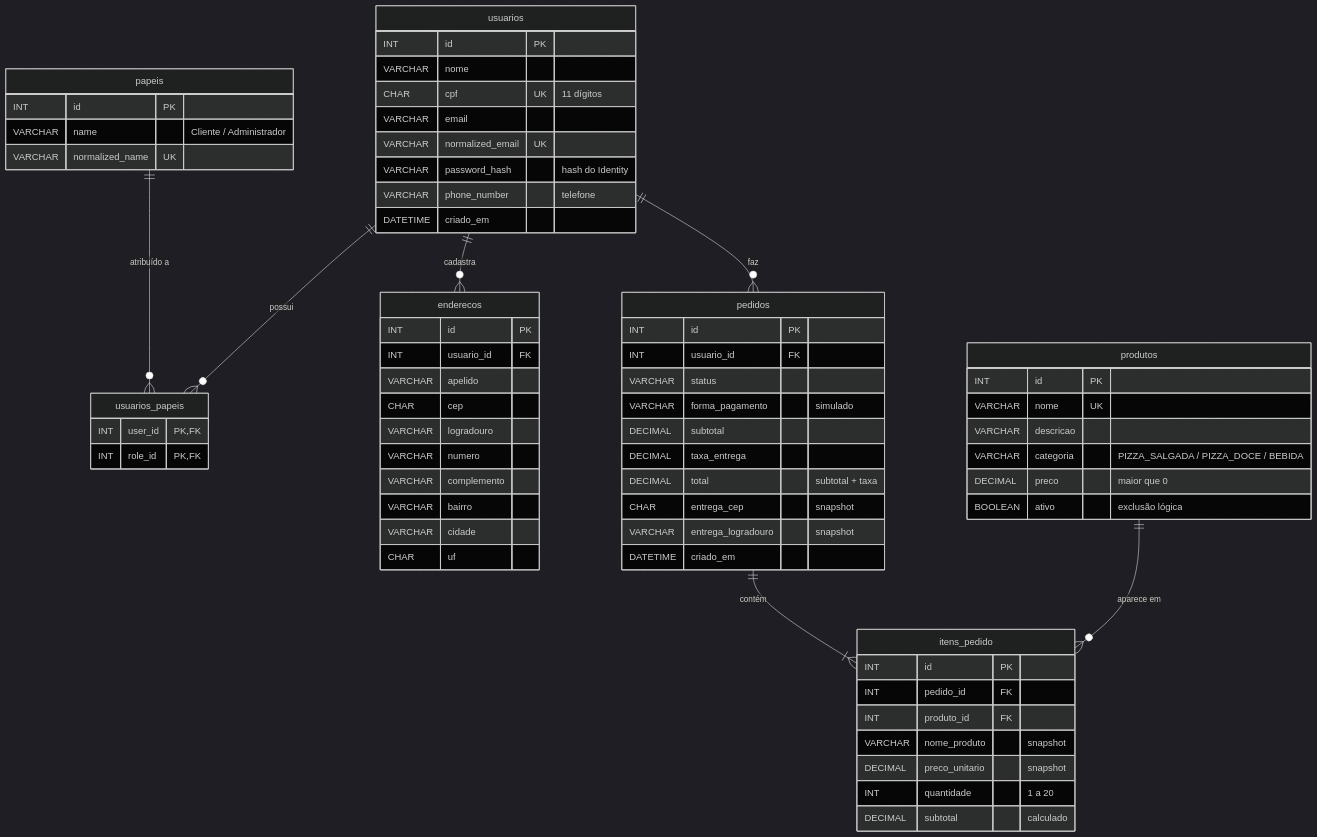
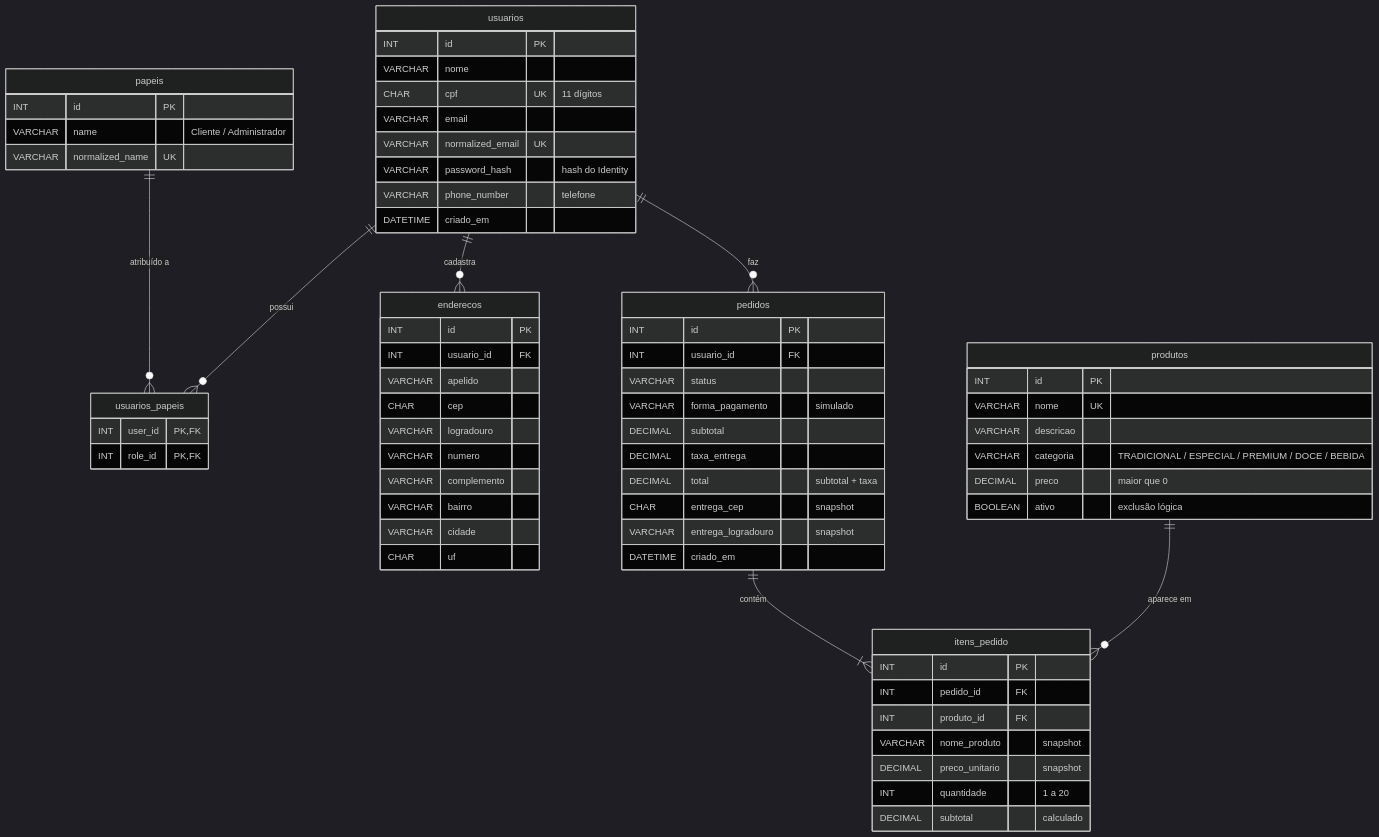
The diagram in database/der.md (thalescaldas/pizzet-delivery), drawn with Mermaid (dark theme) before and after one commit. The commit also changed 39 other files, not shown here.

````diff
--- a/database/der.md
+++ b/database/der.md
@@ -7,70 +7,70 @@
 ```mermaid
 erDiagram
     usuarios ||--o{ usuarios_papeis : "possui"
     papeis   ||--o{ usuarios_papeis : "atribuído a"
     usuarios ||--o{ enderecos       : "cadastra"
     usuarios ||--o{ pedidos         : "faz"
     pedidos  ||--|{ itens_pedido    : "contém"
     produtos ||--o{ itens_pedido    : "aparece em"
 
     usuarios {
         INT id PK
         VARCHAR nome
         CHAR cpf UK "11 dígitos"
         VARCHAR email
         VARCHAR normalized_email UK
         VARCHAR password_hash "hash do Identity"
         VARCHAR phone_number "telefone"
         DATETIME criado_em
     }
     papeis {
         INT id PK
         VARCHAR name "Cliente / Administrador"
         VARCHAR normalized_name UK
     }
     usuarios_papeis {
         INT user_id PK, FK
         INT role_id PK, FK
     }
     enderecos {
         INT id PK
         INT usuario_id FK
         VARCHAR apelido
         CHAR cep
         VARCHAR logradouro
         VARCHAR numero
         VARCHAR complemento
         VARCHAR bairro
         VARCHAR cidade
         CHAR uf
     }
     produtos {
         INT id PK
         VARCHAR nome UK
         VARCHAR descricao
-        VARCHAR categoria "PIZZA_SALGADA / PIZZA_DOCE / BEBIDA"
+        VARCHAR categoria "TRADICIONAL / ESPECIAL / PREMIUM / DOCE / BEBIDA"
         DECIMAL preco "maior que 0"
         BOOLEAN ativo "exclusão lógica"
     }
     pedidos {
         INT id PK
         INT usuario_id FK
         VARCHAR status
         VARCHAR forma_pagamento "simulado"
         DECIMAL subtotal
         DECIMAL taxa_entrega
         DECIMAL total "subtotal + taxa"
         CHAR entrega_cep "snapshot"
         VARCHAR entrega_logradouro "snapshot"
         DATETIME criado_em
     }
     itens_pedido {
         INT id PK
         INT pedido_id FK
         INT produto_id FK
         VARCHAR nome_produto "snapshot"
         DECIMAL preco_unitario "snapshot"
         INT quantidade "1 a 20"
         DECIMAL subtotal "calculado"
     }
 ```
````
